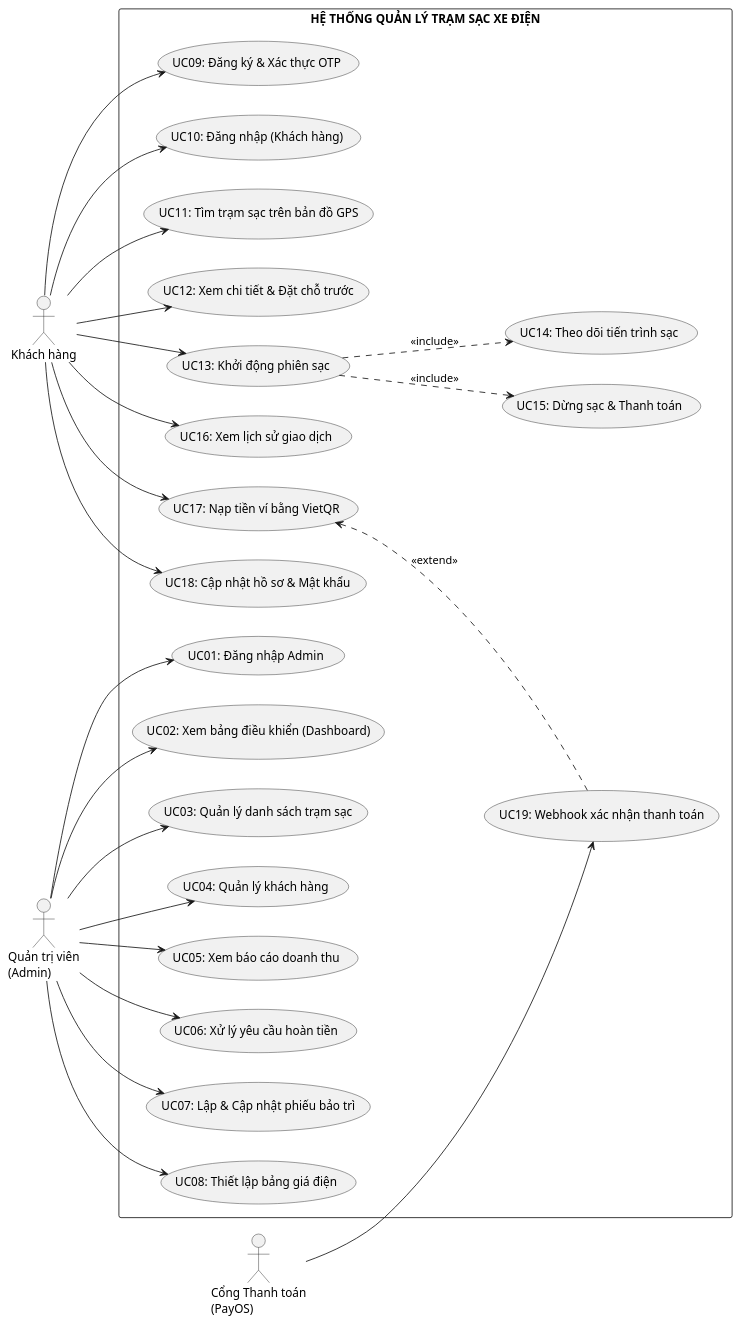
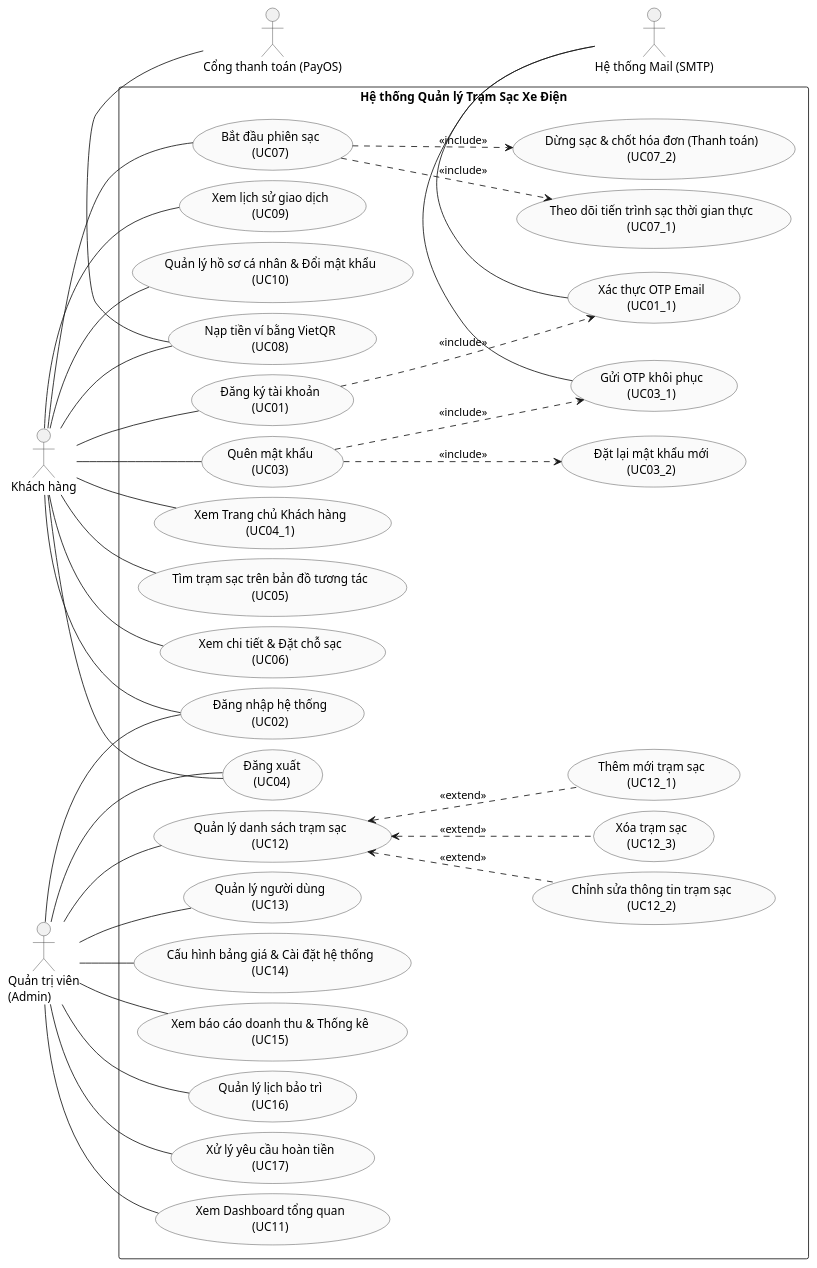
One commit to huydz121/EV-Charging-Station-Management-System changed the diagram in bao-cao-cuoi-ky/Bai_3_Phan_Tich_Chuc_Nang.md. Above: the diagram before and after it, drawn with PlantUML. The commit also changed other lines of this file and 11 other files, not shown here.

````diff
--- a/bao-cao-cuoi-ky/Bai_3_Phan_Tich_Chuc_Nang.md
+++ b/bao-cao-cuoi-ky/Bai_3_Phan_Tich_Chuc_Nang.md
@@ -303,65 +689,92 @@
 ```plantuml
-@startuml
+@startuml UseCase_Diagram
 left to right direction
-skinparam packageStyle rectangle
-
-actor "Khách hàng" as Customer
-actor "Quản trị viên\n(Admin)" as Admin
-actor "Cổng Thanh toán\n(PayOS)" as PayOS
-
-rectangle "HỆ THỐNG QUẢN LÝ TRẠM SẠC XE ĐIỆN" {
-
-  ' Use case của Admin
-  usecase "UC01: Đăng nhập Admin" as UC_AdminLogin
-  usecase "UC02: Xem bảng điều khiển (Dashboard)" as UC_Dashboard
-  usecase "UC03: Quản lý danh sách trạm sạc" as UC_ManageStations
-  usecase "UC04: Quản lý khách hàng" as UC_ManageUsers
-  usecase "UC05: Xem báo cáo doanh thu" as UC_Reports
-  usecase "UC06: Xử lý yêu cầu hoàn tiền" as UC_Refund
-  usecase "UC07: Lập & Cập nhật phiếu bảo trì" as UC_Maintenance
-  usecase "UC08: Thiết lập bảng giá điện" as UC_ManagePrices
-
-  ' Use case của Khách hàng
-  usecase "UC09: Đăng ký & Xác thực OTP" as UC_Register
-  usecase "UC10: Đăng nhập (Khách hàng)" as UC_Login
-  usecase "UC11: Tìm trạm sạc trên bản đồ GPS" as UC_MapView
-  usecase "UC12: Xem chi tiết & Đặt chỗ trước" as UC_StationDetail
-  usecase "UC13: Khởi động phiên sạc" as UC_StartCharge
-  usecase "UC14: Theo dõi tiến trình sạc" as UC_TrackCharge
-  usecase "UC15: Dừng sạc & Thanh toán" as UC_StopCharge
-  usecase "UC16: Xem lịch sử giao dịch" as UC_History
-  usecase "UC17: Nạp tiền ví bằng VietQR" as UC_Topup
-  usecase "UC18: Cập nhật hồ sơ & Mật khẩu" as UC_Profile
-
-  ' Use case của Hệ thống ngoài
-  usecase "UC19: Webhook xác nhận thanh toán" as UC_Webhook
+skinparam backgroundColor white
+skinparam ranksep 60
+skinparam nodesep 12
+skinparam usecase {
+  BackgroundColor #FAFAFA
+  BorderColor #333333
+}
+skinparam actor {
+  BorderColor #333333
 }
 
-' Liên kết Actor -> Use case
-Admin --> UC_AdminLogin
-Admin --> UC_Dashboard
-Admin --> UC_ManageStations
-Admin --> UC_ManageUsers
-Admin --> UC_Reports
-Admin --> UC_Refund
-Admin --> UC_Maintenance
-Admin --> UC_ManagePrices
+actor "Khách hàng" as KH
+actor "Quản trị viên\n(Admin)" as QTV
+actor "Cổng thanh toán (PayOS)" as PayOS
+actor "Hệ thống Mail (SMTP)" as SMTP
 
-Customer --> UC_Register
-Customer --> UC_Login
-Customer --> UC_MapView
-Customer --> UC_StationDetail
-Customer --> UC_StartCharge
-Customer --> UC_Topup
-Customer --> UC_History
-Customer --> UC_Profile
+rectangle "Hệ thống Quản lý Trạm Sạc Xe Điện" {
+  usecase "Đăng ký tài khoản\n(UC01)" as UC01
+  usecase "Xác thực OTP Email\n(UC01_1)" as UC01_1
+  usecase "Đăng nhập hệ thống\n(UC02)" as UC02
+  usecase "Quên mật khẩu\n(UC03)" as UC03
+  usecase "Gửi OTP khôi phục\n(UC03_1)" as UC03_1
+  usecase "Đặt lại mật khẩu mới\n(UC03_2)" as UC03_2
+  usecase "Đăng xuất\n(UC04)" as UC04
+  
+  usecase "Xem Trang chủ Khách hàng\n(UC04_1)" as UC04_1
+  usecase "Tìm trạm sạc trên bản đồ tương tác\n(UC05)" as UC05
+  usecase "Xem chi tiết & Đặt chỗ sạc\n(UC06)" as UC06
+  usecase "Bắt đầu phiên sạc\n(UC07)" as UC07
+  usecase "Theo dõi tiến trình sạc thời gian thực\n(UC07_1)" as UC07_1
+  usecase "Dừng sạc & chốt hóa đơn (Thanh toán)\n(UC07_2)" as UC07_2
+  usecase "Nạp tiền ví bằng VietQR\n(UC08)" as UC08
+  usecase "Xem lịch sử giao dịch\n(UC09)" as UC09
+  usecase "Quản lý hồ sơ cá nhân & Đổi mật khẩu\n(UC10)" as UC10
+  
+  usecase "Xem Dashboard tổng quan\n(UC11)" as UC11
+  usecase "Quản lý danh sách trạm sạc\n(UC12)" as UC12
+  usecase "Thêm mới trạm sạc\n(UC12_1)" as UC12_1
+  usecase "Chỉnh sửa thông tin trạm sạc\n(UC12_2)" as UC12_2
+  usecase "Xóa trạm sạc\n(UC12_3)" as UC12_3
+  usecase "Quản lý người dùng\n(UC13)" as UC13
+  usecase "Cấu hình bảng giá & Cài đặt hệ thống\n(UC14)" as UC14
+  usecase "Xem báo cáo doanh thu & Thống kê\n(UC15)" as UC15
+  usecase "Quản lý lịch bảo trì\n(UC16)" as UC16
+  usecase "Xử lý yêu cầu hoàn tiền\n(UC17)" as UC17
+}
 
-PayOS --> UC_Webhook
+' Liên kết Actor -> Use case (Khách hàng bên trái)
+KH -- UC01
+KH -- UC02
+KH -- UC03
+KH -- UC04
+KH -- UC04_1
+KH -- UC05
+KH -- UC06
+KH -- UC07
+KH -- UC08
+KH -- UC09
+KH -- UC10
 
-' Quan hệ Include / Extend 
-UC_StartCharge ..> UC_TrackCharge : <<include>>
-UC_StartCharge ..> UC_StopCharge : <<include>>
-UC_Topup <.. UC_Webhook : <<extend>>
+' Liên kết Actor -> Use case (Quản trị viên bên trái)
+QTV -- UC02
+QTV -- UC04
+QTV -- UC11
+QTV -- UC12
+QTV -- UC13
+QTV -- UC14
+QTV -- UC15
+QTV -- UC16
+QTV -- UC17
+
+' Mối quan hệ giữa các Use Case (Include hướng sang phải, Extend hướng ngược lại sang trái)
+UC01 ..> UC01_1 : <<include>>
+UC03 ..> UC03_1 : <<include>>
+UC03 ..> UC03_2 : <<include>>
+UC07 ..> UC07_1 : <<include>>
+UC07 ..> UC07_2 : <<include>>
+
+UC12 <.. UC12_1 : <<extend>>
+UC12 <.. UC12_2 : <<extend>>
+UC12 <.. UC12_3 : <<extend>>
+
+' Liên kết các hệ thống phụ trợ (đặt bên phải nằm ngang để tránh chồng chéo dây nối)
+UC08 -right- PayOS
+UC01_1 -right- SMTP
+UC03_1 -right- SMTP
 
 @enduml
 ```
````
